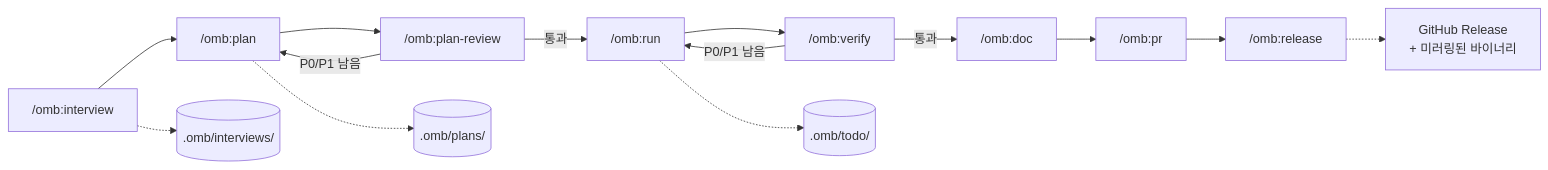
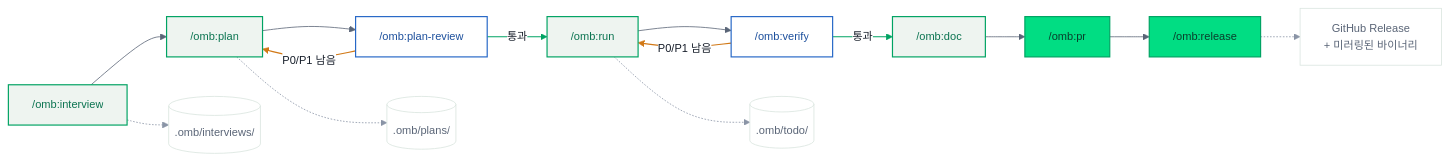
Before and after one commit to braincrew-lab/oh-my-braincrew-release: the diagram in README-ko.md, drawn with Mermaid. The commit also changed other lines of this file, not shown here.

Commit message:
docs: drop architecture diagram, apply brand palette to workflow diagram (ko)

````diff
--- a/README-ko.md
+++ b/README-ko.md
@@ -132,15 +102,30 @@
 ```mermaid
+%%{init: {"theme":"base","themeVariables":{"fontFamily":"ui-sans-serif, -apple-system, Segoe UI, sans-serif","fontSize":"14px","lineColor":"#5a6577","primaryTextColor":"#161d29","edgeLabelBackground":"#ffffff"}}}%%
 flowchart LR
   IV["/omb:interview"] --> PL["/omb:plan"] --> PV["/omb:plan-review"]
   PV -->|"P0/P1 남음"| PL
   PV -->|"통과"| RUN["/omb:run"]
   RUN --> VF["/omb:verify"]
   VF -->|"P0/P1 남음"| RUN
   VF -->|"통과"| DOC["/omb:doc"]
   DOC --> PRC["/omb:pr"] --> REL["/omb:release"]
 
   IV -.-> A1[("`.omb/interviews/`")]
   PL -.-> A2[("`.omb/plans/`")]
   RUN -.-> A3[("`.omb/todo/`")]
   REL -.-> A4["GitHub Release<br/>+ 미러링된 바이너리"]
+
+  classDef step fill:#eef4f0,stroke:#00a363,stroke-width:1.5px,color:#0a7350
+  classDef gate fill:#ffffff,stroke:#2768c7,stroke-width:1.5px,color:#1c4f9c
+  classDef ship fill:#01dd83,stroke:#00a363,stroke-width:1.5px,color:#0a3d2b
+  classDef artifact fill:#ffffff,stroke:#d9e5df,stroke-width:1px,color:#5a6577
+
+  class IV,PL,RUN,DOC step
+  class PV,VF gate
+  class PRC,REL ship
+  class A1,A2,A3,A4 artifact
+
+  linkStyle 2,5 stroke:#d17816,stroke-width:1.5px
+  linkStyle 3,6 stroke:#00a363,stroke-width:1.5px
+  linkStyle 9,10,11,12 stroke:#8a94a6,stroke-width:1px
 ```
````
